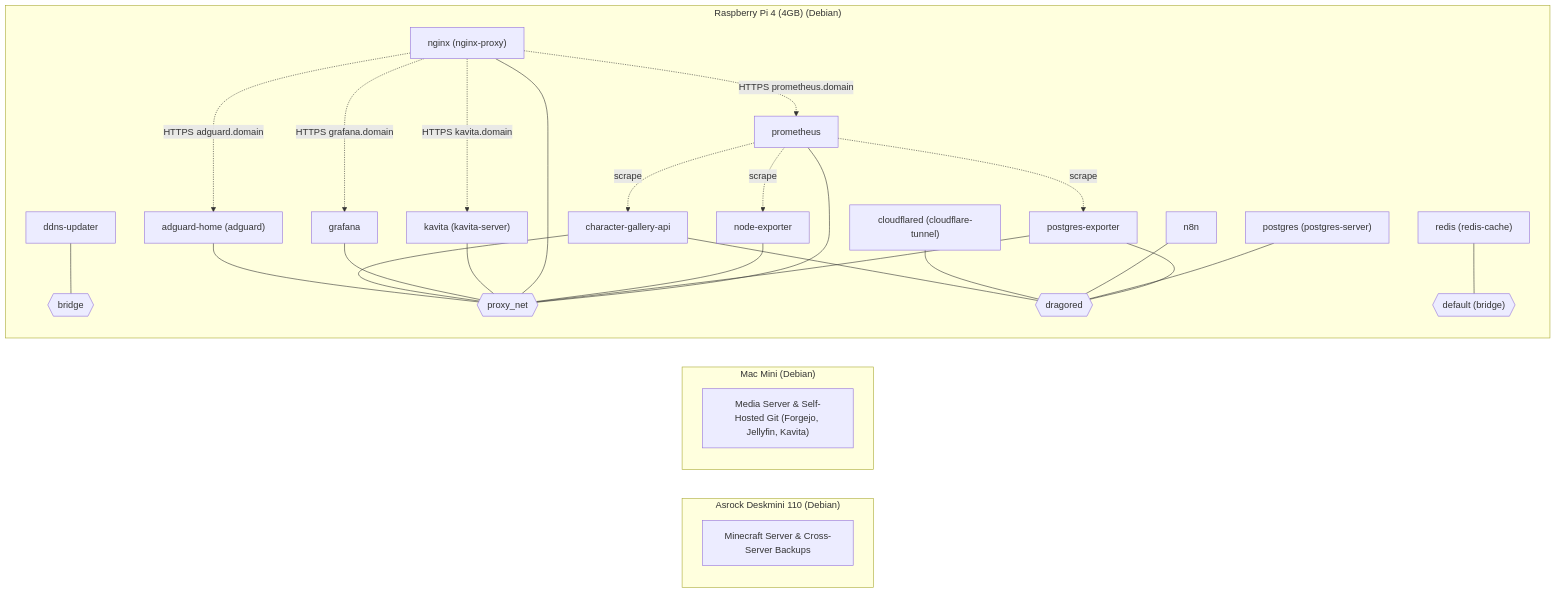
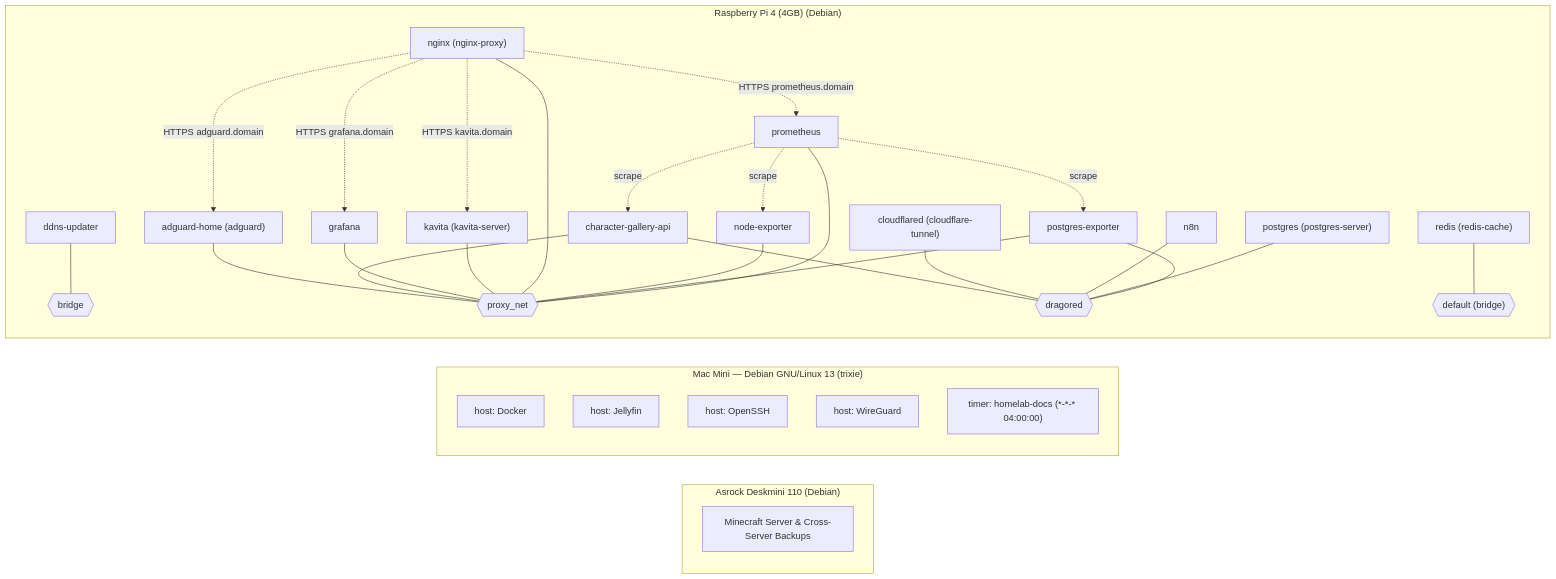
Before and after one commit to dZev1/home-lab: the diagram in README.md, drawn with Mermaid. The commit also changed other lines of this file and 1 other file, not shown here.

Commit message:
docs: auto-update homelab inventory and topology [skip ci]

````diff
--- a/README.md
+++ b/README.md
@@ -35,50 +35,54 @@
 ```mermaid
 flowchart LR
   subgraph node_deskmini["Asrock Deskmini 110 (Debian)"]
     info_deskmini["Minecraft Server & Cross-Server Backups"]
   end
-  subgraph node_mac_mini["Mac Mini (Debian)"]
-    info_mac_mini["Media Server & Self-Hosted Git (Forgejo, Jellyfin, Kavita)"]
+  subgraph node_mac_mini["Mac Mini — Debian GNU/Linux 13 (trixie)"]
+    hs_mac-mini_0["host: Docker"]
+    hs_mac-mini_1["host: Jellyfin"]
+    hs_mac-mini_2["host: OpenSSH"]
+    hs_mac-mini_3["host: WireGuard"]
+    tm_mac-mini_0["timer: homelab-docs (*-*-* 04:00:00)"]
   end
   subgraph node_rpi4["Raspberry Pi 4 (4GB) (Debian)"]
     net_rpi4_bridge{{"bridge"}}
     net_rpi4_default__bridge_{{"default (bridge)"}}
     net_rpi4_dragored{{"dragored"}}
     net_rpi4_proxy_net{{"proxy_net"}}
     svc_rpi4_adguard_home["adguard-home (adguard)"]
     svc_rpi4_adguard_home --- net_rpi4_proxy_net
     svc_rpi4_character_gallery_api["character-gallery-api"]
     svc_rpi4_character_gallery_api --- net_rpi4_dragored
     svc_rpi4_character_gallery_api --- net_rpi4_proxy_net
     svc_rpi4_cloudflared["cloudflared (cloudflare-tunnel)"]
     svc_rpi4_cloudflared --- net_rpi4_dragored
     svc_rpi4_ddns_updater["ddns-updater"]
     svc_rpi4_ddns_updater --- net_rpi4_bridge
     svc_rpi4_grafana["grafana"]
     svc_rpi4_grafana --- net_rpi4_proxy_net
     svc_rpi4_kavita["kavita (kavita-server)"]
     svc_rpi4_kavita --- net_rpi4_proxy_net
     svc_rpi4_n8n["n8n"]
     svc_rpi4_n8n --- net_rpi4_dragored
     svc_rpi4_nginx["nginx (nginx-proxy)"]
     svc_rpi4_nginx --- net_rpi4_proxy_net
     svc_rpi4_node_exporter["node-exporter"]
     svc_rpi4_node_exporter --- net_rpi4_proxy_net
     svc_rpi4_postgres["postgres (postgres-server)"]
     svc_rpi4_postgres --- net_rpi4_dragored
     svc_rpi4_postgres_exporter["postgres-exporter"]
     svc_rpi4_postgres_exporter --- net_rpi4_proxy_net
     svc_rpi4_postgres_exporter --- net_rpi4_dragored
     svc_rpi4_prometheus["prometheus"]
     svc_rpi4_prometheus --- net_rpi4_proxy_net
     svc_rpi4_redis["redis (redis-cache)"]
     svc_rpi4_redis --- net_rpi4_default__bridge_
   end
   svc_rpi4_nginx -. "HTTPS adguard.domain" .-> svc_rpi4_adguard_home
   svc_rpi4_nginx -. "HTTPS grafana.domain" .-> svc_rpi4_grafana
   svc_rpi4_nginx -. "HTTPS prometheus.domain" .-> svc_rpi4_prometheus
   svc_rpi4_nginx -. "HTTPS kavita.domain" .-> svc_rpi4_kavita
   svc_rpi4_prometheus -. "scrape" .-> svc_rpi4_node_exporter
   svc_rpi4_prometheus -. "scrape" .-> svc_rpi4_character_gallery_api
   svc_rpi4_prometheus -. "scrape" .-> svc_rpi4_postgres_exporter
 ```
````
